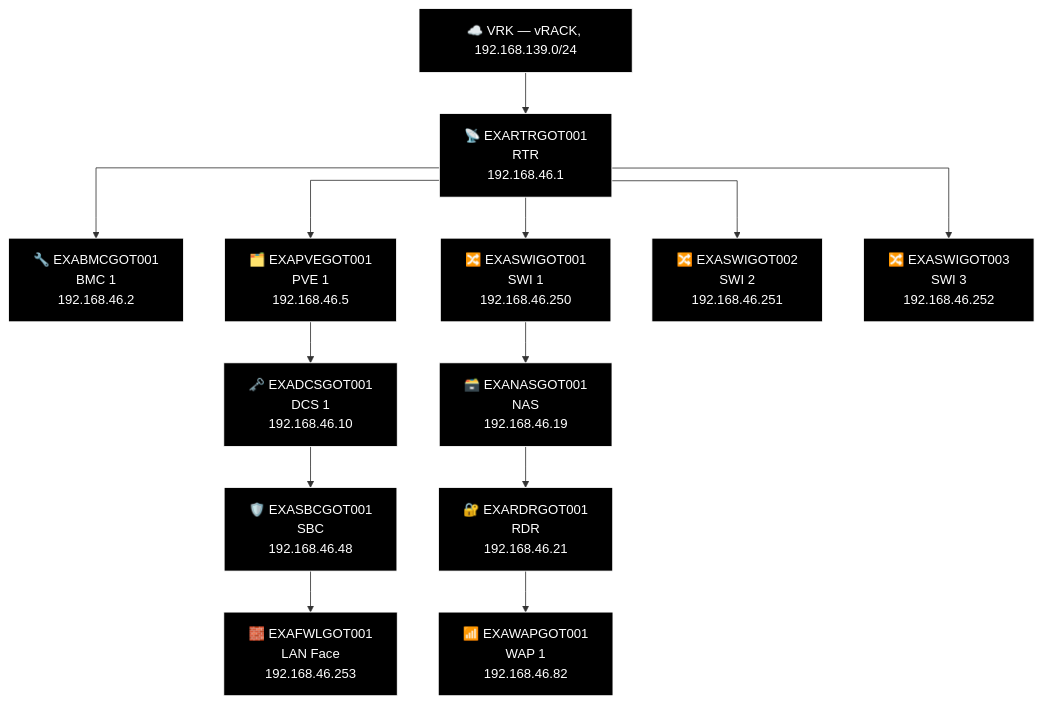
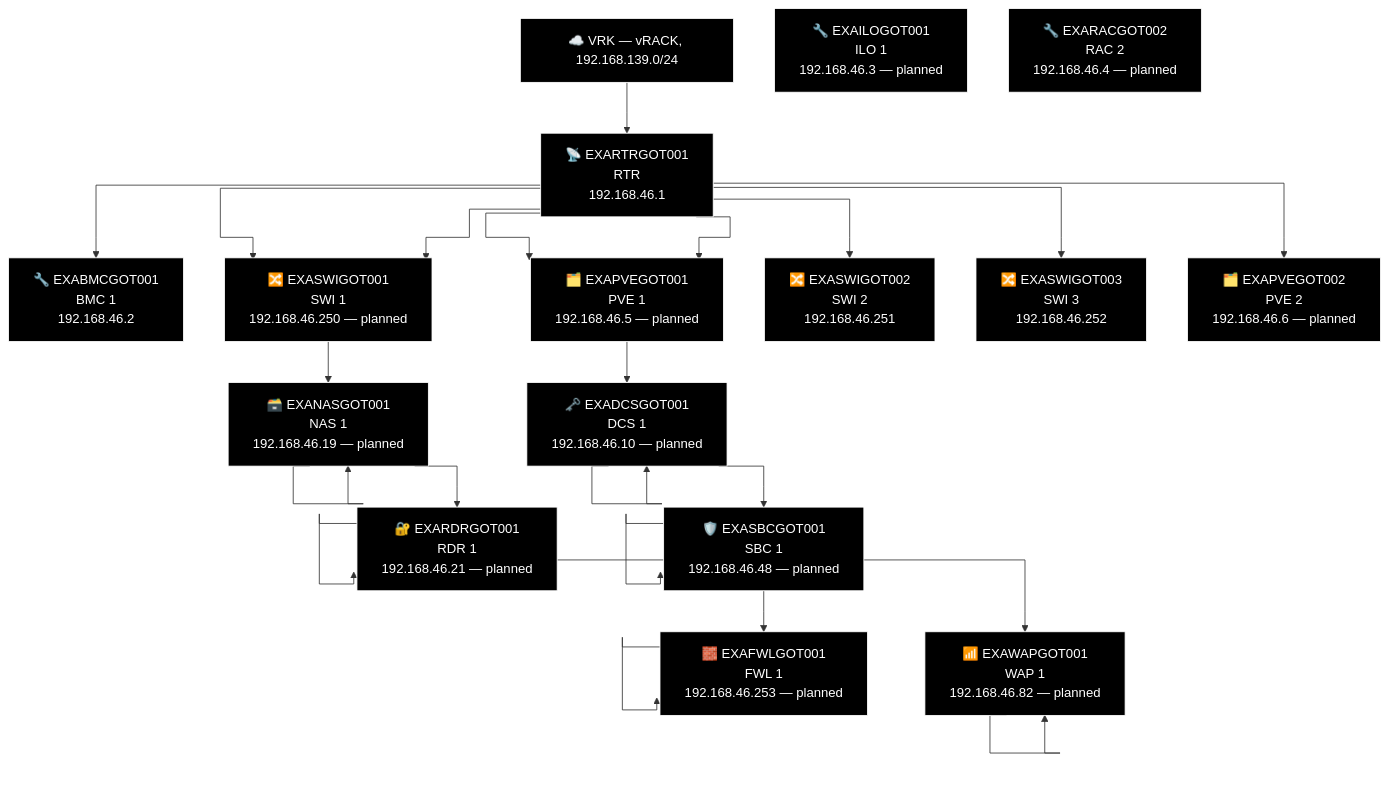
Before and after one commit to knightmare2600/example_music_infra: the second of 2 diagrams in docs/network-diagram/sverige.md, drawn with Mermaid. The commit also changed 10 other files, not shown here.

````diff
--- a/docs/network-diagram/sverige.md
+++ b/docs/network-diagram/sverige.md
@@ -31,40 +31,65 @@
 ```mermaid
 %% GENERATED:TOPOLOGY:GOT:START
 %%{init: {'flowchart': {'curve': 'stepAfter'}}}%%
 graph TD
     T_VRK["☁️ VRK — vRACK, 192.168.139.0/24"]
     T_RTR["📡 EXARTRGOT001<br/>RTR<br/>192.168.46.1"]
     T_VRK --> T_RTR
     T_BMC["🔧 EXABMCGOT001<br/>BMC 1<br/>192.168.46.2"]
     T_RTR --> T_BMC
     T_PVE["🗂️ EXAPVEGOT001<br/>PVE 1<br/>192.168.46.5"]
     T_RTR --> T_PVE
     T_SWI["🔀 EXASWIGOT001<br/>SWI 1<br/>192.168.46.250"]
     T_RTR --> T_SWI
     T_SWI2["🔀 EXASWIGOT002<br/>SWI 2<br/>192.168.46.251"]
     T_RTR --> T_SWI2
     T_SWI3["🔀 EXASWIGOT003<br/>SWI 3<br/>192.168.46.252"]
     T_RTR --> T_SWI3
+    T_SWI["🔀 EXASWIGOT001<br/>SWI 1<br/>192.168.46.250 — planned"]
+    T_RTR --> T_SWI
+    T_PVE["🗂️ EXAPVEGOT001<br/>PVE 1<br/>192.168.46.5 — planned"]
+    T_RTR --> T_PVE
+    T_PVE2["🗂️ EXAPVEGOT002<br/>PVE 2<br/>192.168.46.6 — planned"]
+    T_RTR --> T_PVE2
     T_NAS["🗃️ EXANASGOT001<br/>NAS<br/>192.168.46.19"]
+    T_NAS["🗃️ EXANASGOT001<br/>NAS 1<br/>192.168.46.19 — planned"]
     T_RDR["🔐 EXARDRGOT001<br/>RDR<br/>192.168.46.21"]
+    T_RDR["🔐 EXARDRGOT001<br/>RDR 1<br/>192.168.46.21 — planned"]
     T_WAP["📶 EXAWAPGOT001<br/>WAP 1<br/>192.168.46.82"]
-    T_SWI --> T_NAS --> T_RDR --> T_WAP
+    T_WAP["📶 EXAWAPGOT001<br/>WAP 1<br/>192.168.46.82 — planned"]
+    T_SWI --> T_NAS --> T_NAS --> T_RDR --> T_RDR --> T_WAP --> T_WAP
     T_DCS["🗝️ EXADCSGOT001<br/>DCS 1<br/>192.168.46.10"]
+    T_DCS["🗝️ EXADCSGOT001<br/>DCS 1<br/>192.168.46.10 — planned"]
     T_SBC["🛡️ EXASBCGOT001<br/>SBC<br/>192.168.46.48"]
+    T_SBC["🛡️ EXASBCGOT001<br/>SBC 1<br/>192.168.46.48 — planned"]
     T_FWL["🧱 EXAFWLGOT001<br/>LAN Face<br/>192.168.46.253"]
-    T_PVE --> T_DCS --> T_SBC --> T_FWL
+    T_FWL["🧱 EXAFWLGOT001<br/>FWL 1<br/>192.168.46.253 — planned"]
+    T_PVE --> T_DCS --> T_DCS --> T_SBC --> T_SBC --> T_FWL --> T_FWL
+    T_ILO["🔧 EXAILOGOT001<br/>ILO 1<br/>192.168.46.3 — planned"]
+    T_RAC["🔧 EXARACGOT002<br/>RAC 2<br/>192.168.46.4 — planned"]
     style T_VRK fill:#000000,stroke:#FFFFFF,color:#FFFFFF
     style T_RTR fill:#000000,stroke:#FFFFFF,color:#FFFFFF
     style T_BMC fill:#000000,stroke:#FFFFFF,color:#FFFFFF
     style T_PVE fill:#000000,stroke:#FFFFFF,color:#FFFFFF
     style T_SWI fill:#000000,stroke:#FFFFFF,color:#FFFFFF
     style T_SWI2 fill:#000000,stroke:#FFFFFF,color:#FFFFFF
     style T_SWI3 fill:#000000,stroke:#FFFFFF,color:#FFFFFF
+    style T_SWI fill:#000000,stroke:#FFFFFF,color:#FFFFFF
+    style T_PVE fill:#000000,stroke:#FFFFFF,color:#FFFFFF
+    style T_PVE2 fill:#000000,stroke:#FFFFFF,color:#FFFFFF
+    style T_NAS fill:#000000,stroke:#FFFFFF,color:#FFFFFF
     style T_NAS fill:#000000,stroke:#FFFFFF,color:#FFFFFF
     style T_RDR fill:#000000,stroke:#FFFFFF,color:#FFFFFF
+    style T_RDR fill:#000000,stroke:#FFFFFF,color:#FFFFFF
+    style T_WAP fill:#000000,stroke:#FFFFFF,color:#FFFFFF
     style T_WAP fill:#000000,stroke:#FFFFFF,color:#FFFFFF
     style T_DCS fill:#000000,stroke:#FFFFFF,color:#FFFFFF
+    style T_DCS fill:#000000,stroke:#FFFFFF,color:#FFFFFF
+    style T_SBC fill:#000000,stroke:#FFFFFF,color:#FFFFFF
     style T_SBC fill:#000000,stroke:#FFFFFF,color:#FFFFFF
     style T_FWL fill:#000000,stroke:#FFFFFF,color:#FFFFFF
+    style T_FWL fill:#000000,stroke:#FFFFFF,color:#FFFFFF
+    style T_ILO fill:#000000,stroke:#FFFFFF,color:#FFFFFF
+    style T_RAC fill:#000000,stroke:#FFFFFF,color:#FFFFFF
 %% GENERATED:TOPOLOGY:GOT:END
 ```
````
